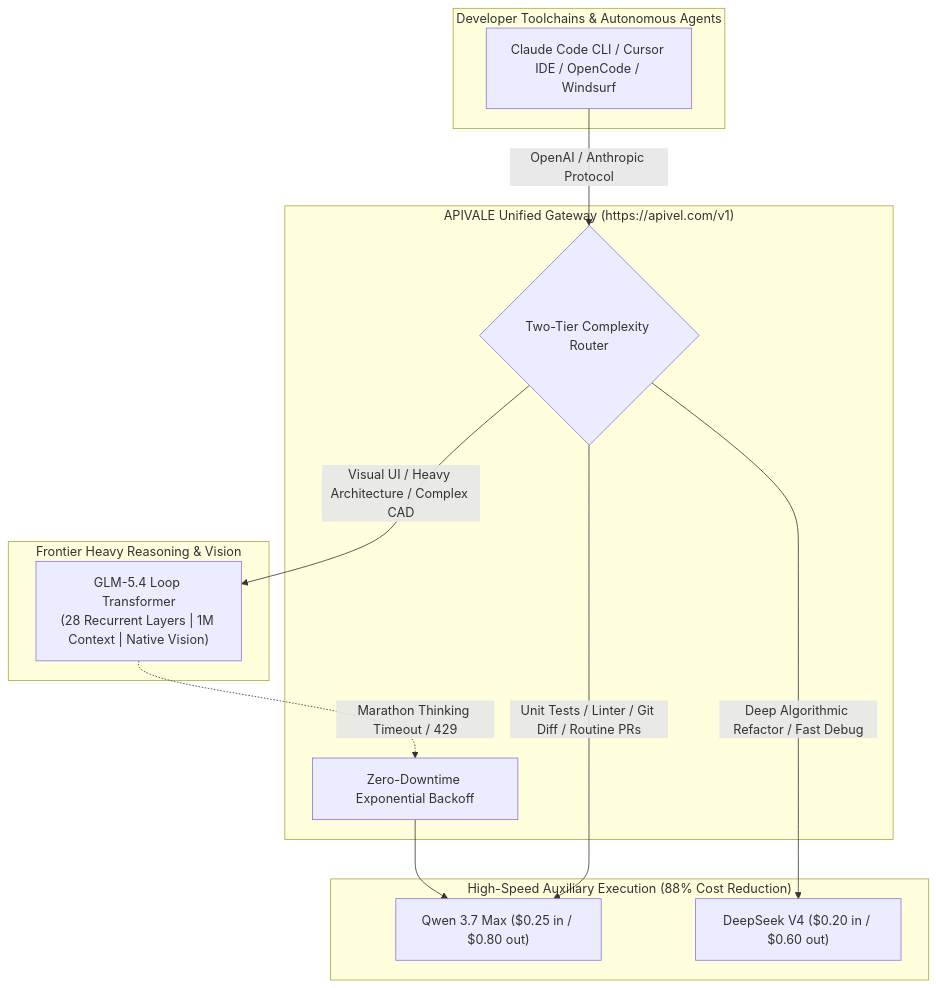
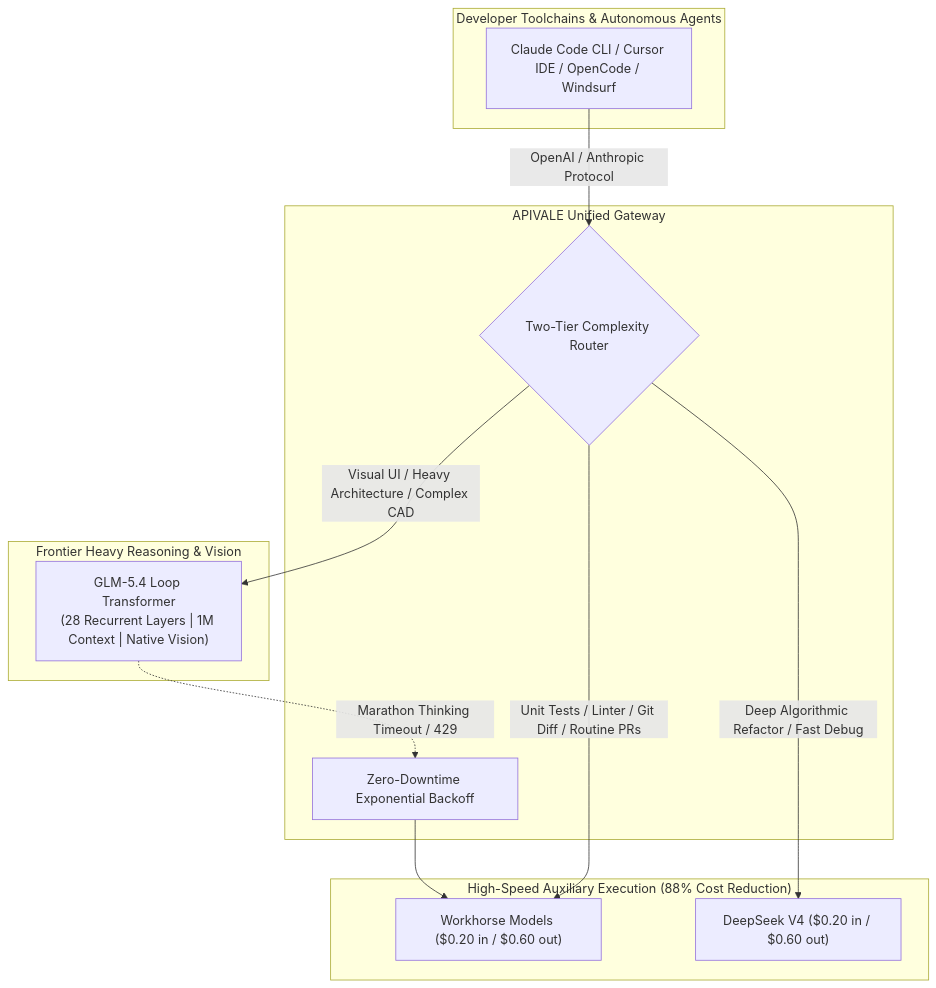
One commit to bshx2024/apivel_blog changed the diagram in src/content/blog/glm-5-4-architecture-benchmarks-api.md. Above: the diagram before and after it, drawn with Mermaid. The commit also changed other lines of this file, not shown here.

````diff
--- a/src/content/blog/glm-5-4-architecture-benchmarks-api.md
+++ b/src/content/blog/glm-5-4-architecture-benchmarks-api.md
@@ -39,27 +39,27 @@
 ```mermaid
 flowchart TD
     subgraph Client["Developer Toolchains & Autonomous Agents"]
         Agent["Claude Code CLI / Cursor IDE / OpenCode / Windsurf"]
     end
 
-    subgraph APIVALE_Gateway["APIVALE Unified Gateway (https://apivel.com/v1)"]
+    subgraph APIVALE_Gateway["APIVALE Unified Gateway"]
         Router{"Two-Tier Complexity Router"}
         Failover["Zero-Downtime Exponential Backoff"]
     end
 
     subgraph Frontier_Reasoning["Frontier Heavy Reasoning & Vision"]
         GLM["GLM-5.4 Loop Transformer\n(28 Recurrent Layers | 1M Context | Native Vision)"]
     end
 
     subgraph Routine_Execution["High-Speed Auxiliary Execution (88% Cost Reduction)"]
-        Qwen["Qwen 3.7 Max ($0.25 in / $0.80 out)"]
+        Auxiliary["Workhorse Models ($0.20 in / $0.60 out)"]
         DeepSeek["DeepSeek V4 ($0.20 in / $0.60 out)"]
     end
 
     Agent -->|OpenAI / Anthropic Protocol| Router
     Router -->|Visual UI / Heavy Architecture / Complex CAD| GLM
-    Router -->|Unit Tests / Linter / Git Diff / Routine PRs| Qwen
+    Router -->|Unit Tests / Linter / Git Diff / Routine PRs| Auxiliary
     Router -->|Deep Algorithmic Refactor / Fast Debug| DeepSeek
     GLM -.->|Marathon Thinking Timeout / 429| Failover
-    Failover --> Qwen
+    Failover --> Auxiliary
 ```
````
